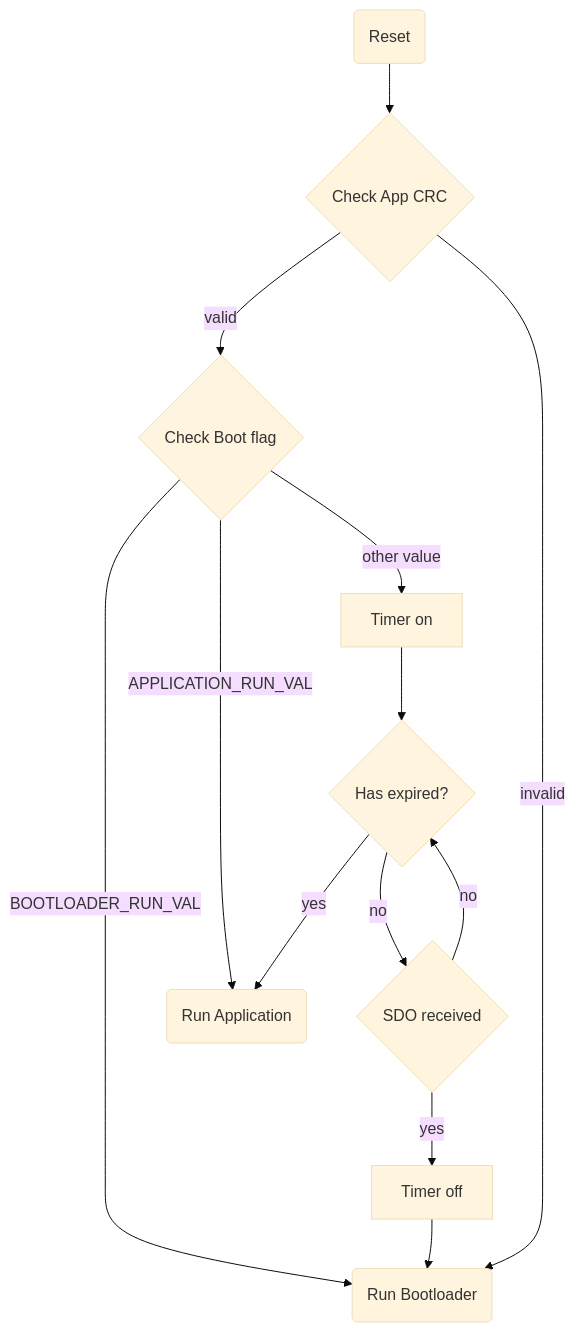
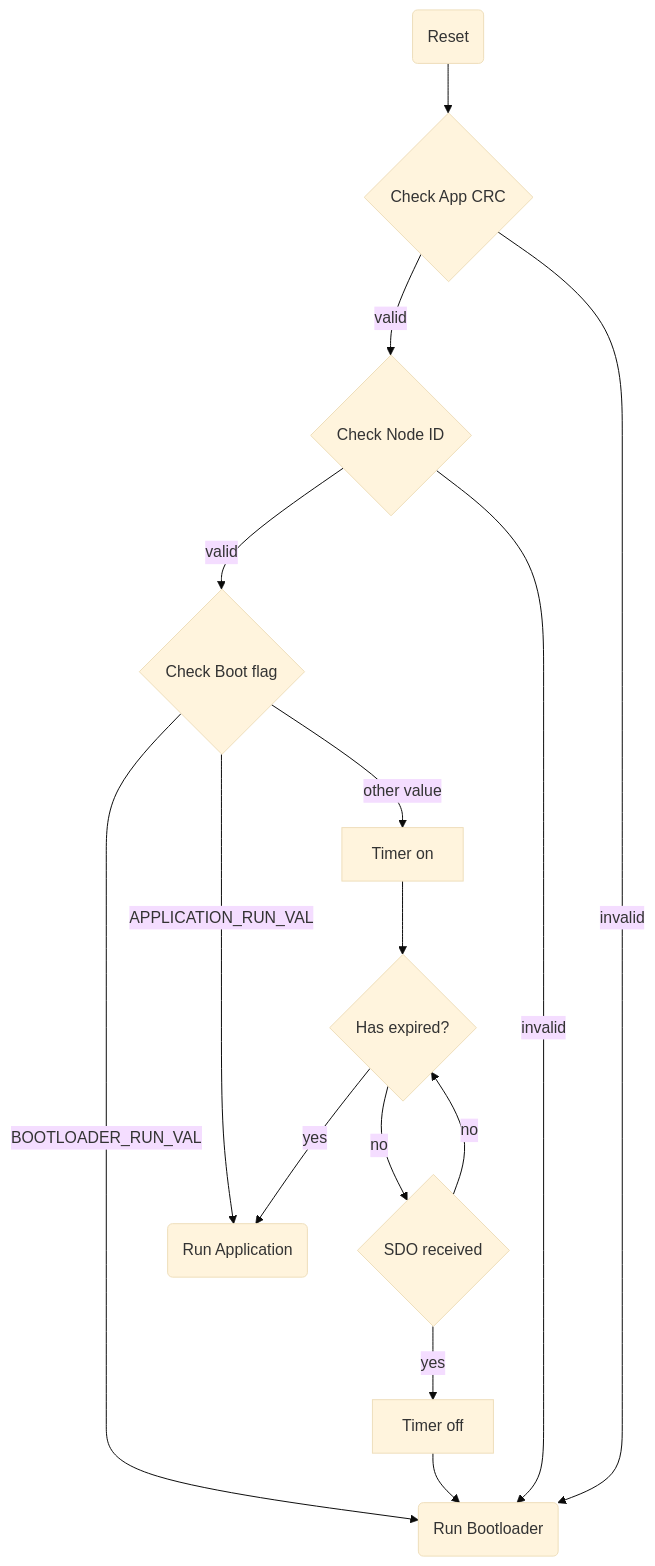
One commit to sicrisembay/CANopenNode_C2000_bootloader changed the diagram in README.md. Above: the diagram before and after it, drawn with Mermaid (base theme). The commit also changed 5 other files, not shown here.

````diff
--- a/README.md
+++ b/README.md
@@ -26,15 +26,17 @@
 ```mermaid
 flowchart TD
     A(Reset) --> B{Check App CRC}
-    B -->|valid|C{Check Boot flag}
+    B -->|valid|J{Check Node ID}
+    J -->|valid|C{Check Boot flag}
     C -->|BOOTLOADER_RUN_VAL|D(Run Bootloader)
     C -->|APPLICATION_RUN_VAL|E(Run Application)
     C -->|other value|F[Timer on]
     F -->G{Has expired?}
     G -->|yes|E(Run Application)
     G -->|no|H{SDO received}
     H -->|no|G
     H -->|yes|I[Timer off]
     I -->D
     B -->|invalid|D
+    J -->|invalid|D
 ```
````
